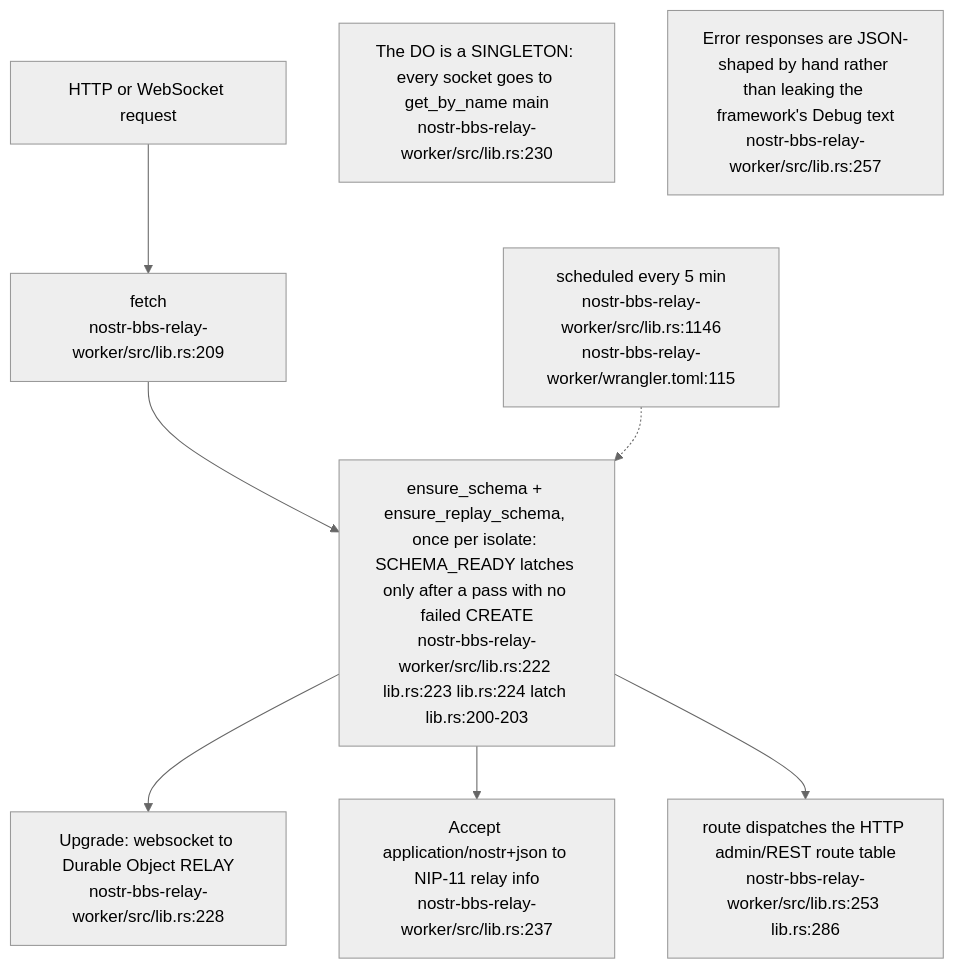
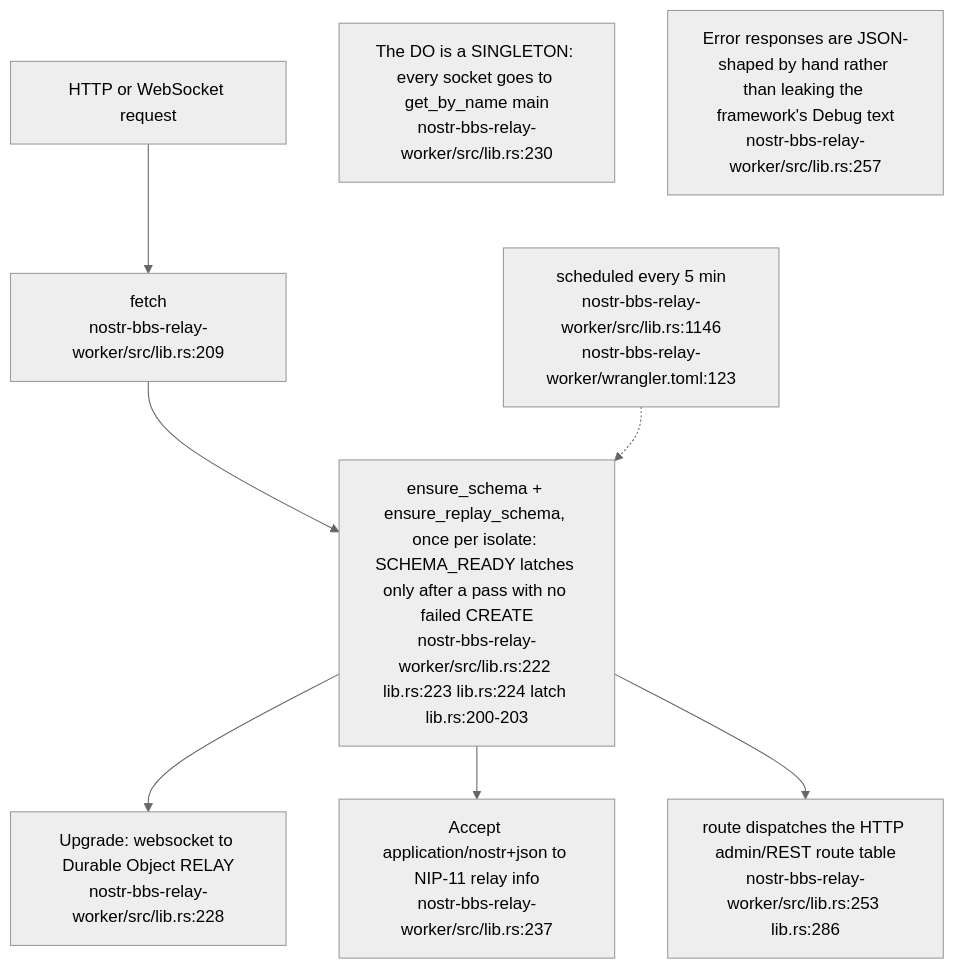
The first of 14 diagrams in docs/diagrams/nostr-rust-forum/03-relay-worker-admission-auth-and-trust.md (DreamLab-AI/VisionFlow), drawn with Mermaid (neutral theme) before and after one commit. The commit also changed other lines of this file and 145 other files, not shown here.

````diff
--- a/docs/diagrams/nostr-rust-forum/03-relay-worker-admission-auth-and-trust.md
+++ b/docs/diagrams/nostr-rust-forum/03-relay-worker-admission-auth-and-trust.md
@@ -30,19 +30,19 @@
 ```mermaid
 flowchart TB
     REQ["HTTP or WebSocket request"]
     F["fetch<br/>nostr-bbs-relay-worker/src/lib.rs:209"]
     BOOT["ensure_schema + ensure_replay_schema, once per isolate: SCHEMA_READY latches only after a pass with no failed CREATE<br/>nostr-bbs-relay-worker/src/lib.rs:222 lib.rs:223 lib.rs:224 latch lib.rs:200-203"]
     WS["Upgrade: websocket to Durable Object RELAY<br/>nostr-bbs-relay-worker/src/lib.rs:228"]
     N11["Accept application/nostr+json to NIP-11 relay info<br/>nostr-bbs-relay-worker/src/lib.rs:237"]
     RT["route dispatches the HTTP admin/REST route table<br/>nostr-bbs-relay-worker/src/lib.rs:253 lib.rs:286"]
-    CRON["scheduled every 5 min<br/>nostr-bbs-relay-worker/src/lib.rs:1146<br/>nostr-bbs-relay-worker/wrangler.toml:115"]
+    CRON["scheduled every 5 min<br/>nostr-bbs-relay-worker/src/lib.rs:1146<br/>nostr-bbs-relay-worker/wrangler.toml:123"]
 
     REQ --> F --> BOOT
     BOOT --> WS
     BOOT --> N11
     BOOT --> RT
     CRON -.-> BOOT
 
     N1["The DO is a SINGLETON: every socket goes to get_by_name main<br/>nostr-bbs-relay-worker/src/lib.rs:230"]
     N2["Error responses are JSON-shaped by hand rather than leaking the framework's Debug text<br/>nostr-bbs-relay-worker/src/lib.rs:257"]
 ```
````
